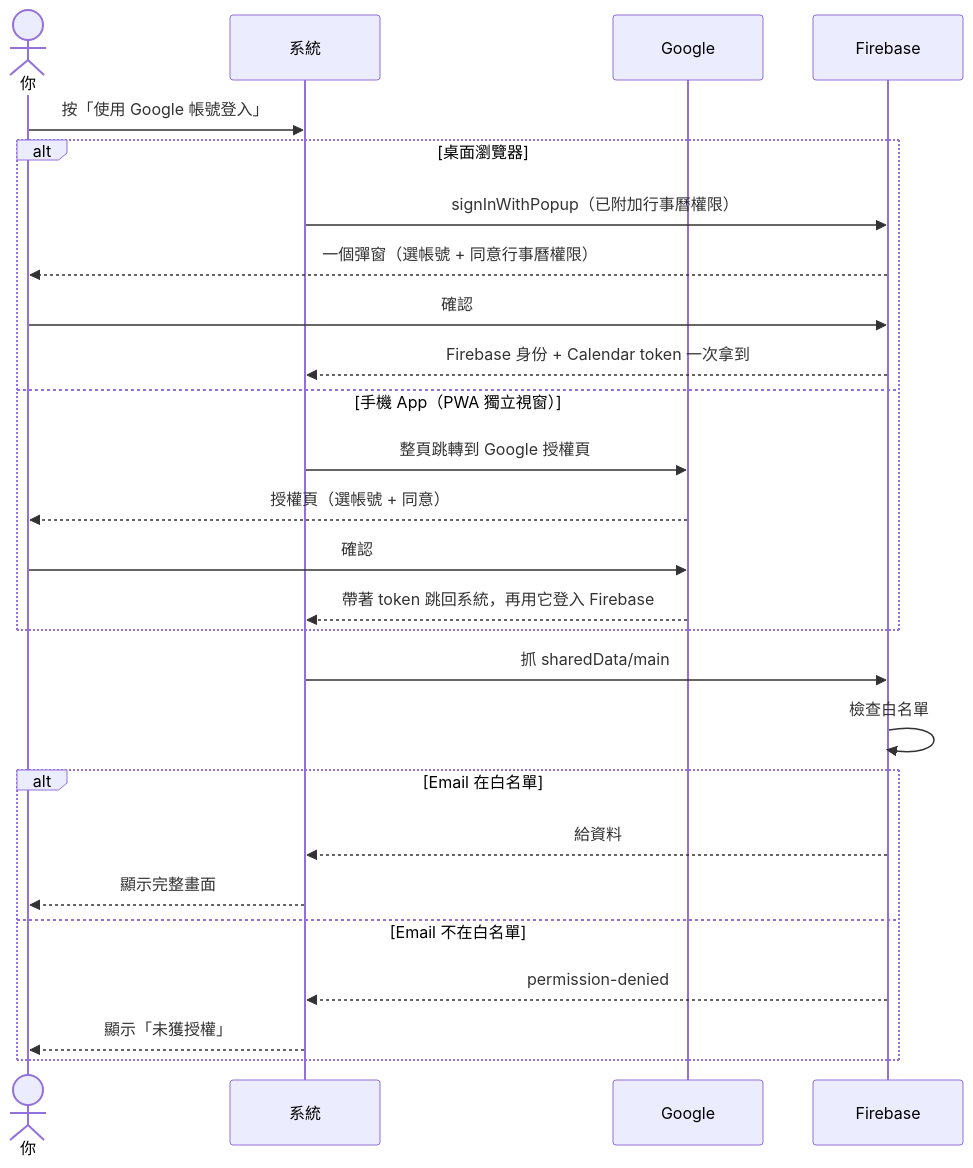
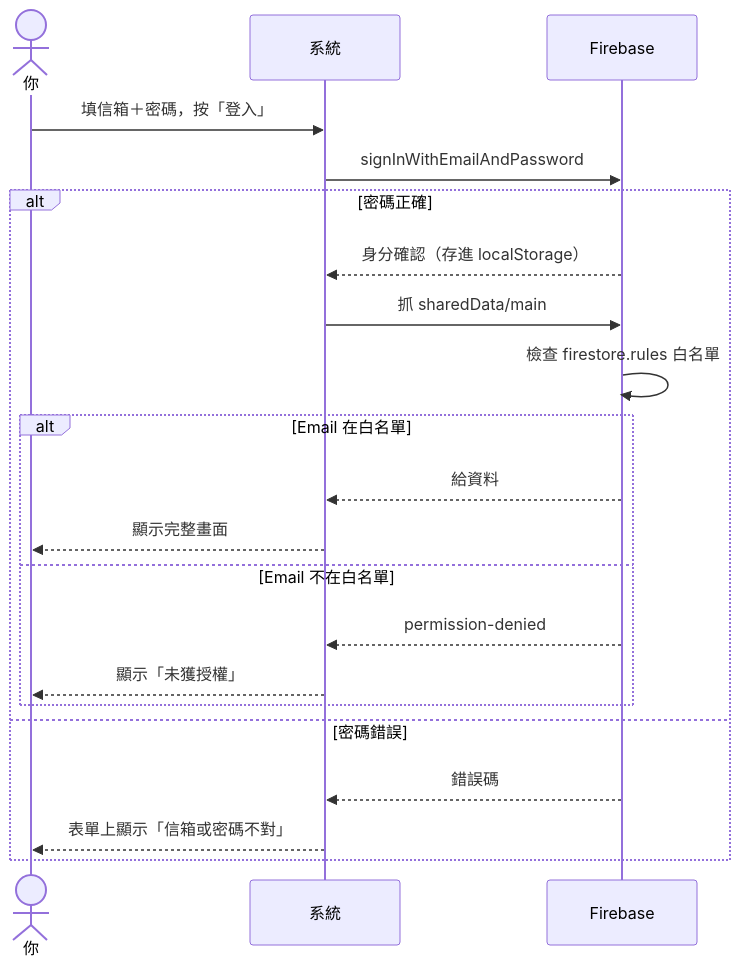
The third of 7 diagrams in mds/系統地圖.md (jyunz47/hobe-system), drawn with Mermaid before and after one commit. The commit also changed other lines of this file and 23 other files, not shown here.

````diff
--- a/mds/系統地圖.md
+++ b/mds/系統地圖.md
@@ -224,29 +216,24 @@
 ```mermaid
 sequenceDiagram
     actor 你
     participant 系統
-    participant Google
     participant Firebase
 
-    你->>系統: 按「使用 Google 帳號登入」
-    alt 桌面瀏覽器
-        系統->>Firebase: signInWithPopup（已附加行事曆權限）
-        Firebase-->>你: 一個彈窗（選帳號 + 同意行事曆權限）
-        你->>Firebase: 確認
-        Firebase-->>系統: Firebase 身份 + Calendar token 一次拿到
-    else 手機 App（PWA 獨立視窗）
-        系統->>Google: 整頁跳轉到 Google 授權頁
-        Google-->>你: 授權頁（選帳號 + 同意）
-        你->>Google: 確認
-        Google-->>系統: 帶著 token 跳回系統，再用它登入 Firebase
-    end
-    系統->>Firebase: 抓 sharedData/main
-    Firebase->>Firebase: 檢查白名單
-    alt Email 在白名單
-        Firebase-->>系統: 給資料
-        系統-->>你: 顯示完整畫面
-    else Email 不在白名單
-        Firebase-->>系統: permission-denied
-        系統-->>你: 顯示「未獲授權」
+    你->>系統: 填信箱＋密碼，按「登入」
+    系統->>Firebase: signInWithEmailAndPassword
+    alt 密碼正確
+        Firebase-->>系統: 身分確認（存進 localStorage）
+        系統->>Firebase: 抓 sharedData/main
+        Firebase->>Firebase: 檢查 firestore.rules 白名單
+        alt Email 在白名單
+            Firebase-->>系統: 給資料
+            系統-->>你: 顯示完整畫面
+        else Email 不在白名單
+            Firebase-->>系統: permission-denied
+            系統-->>你: 顯示「未獲授權」
+        end
+    else 密碼錯誤
+        Firebase-->>系統: 錯誤碼
+        系統-->>你: 表單上顯示「信箱或密碼不對」
     end
 ```
````
